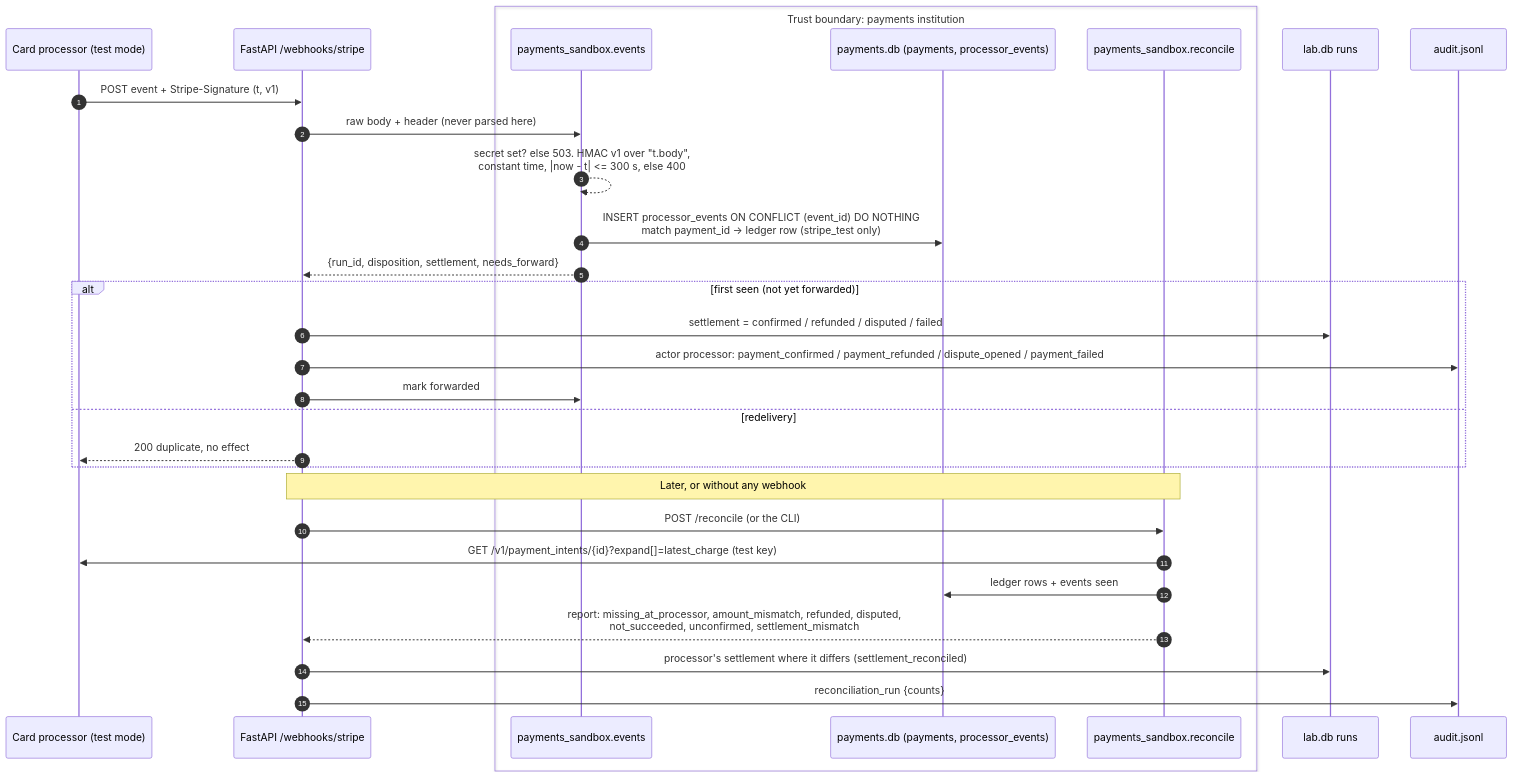
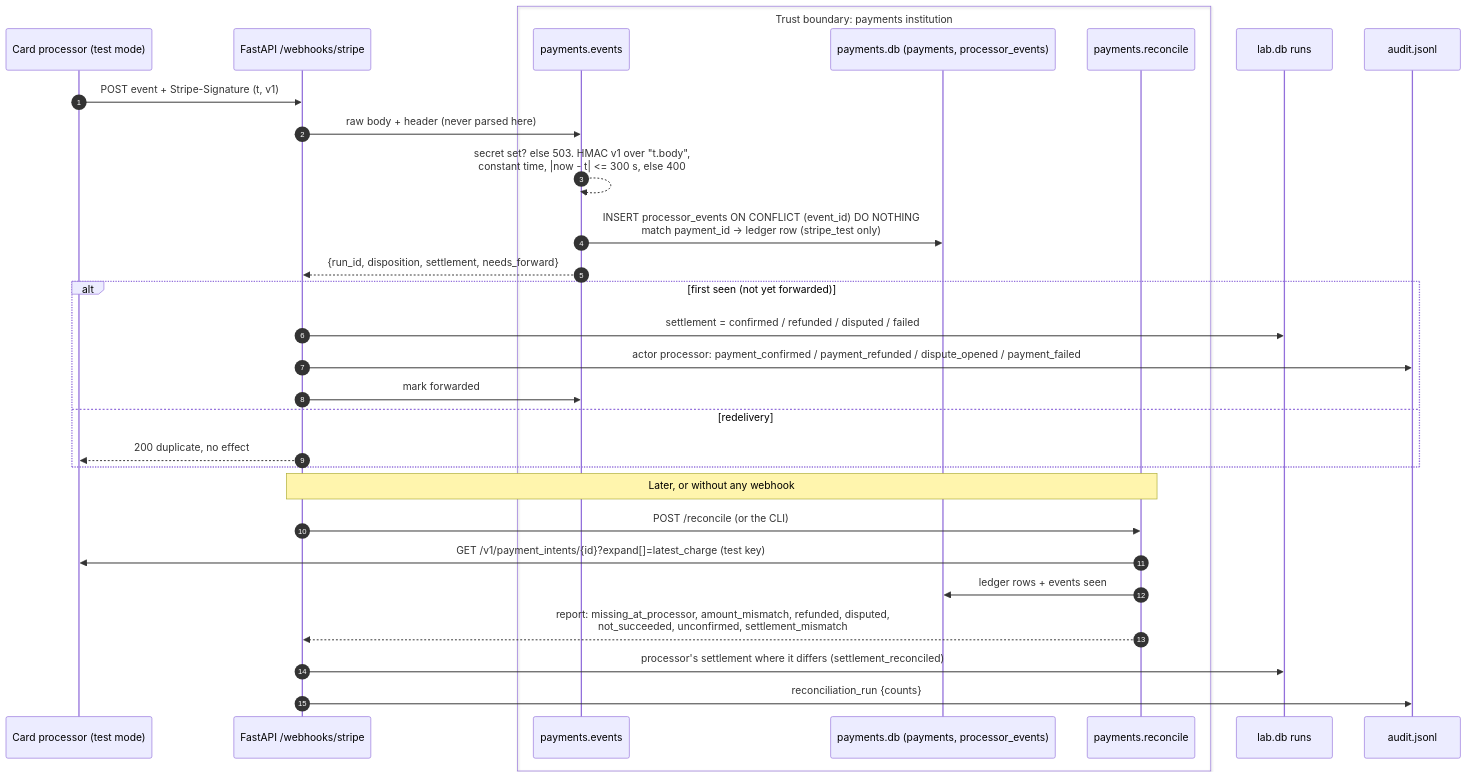
Before and after one commit to jefersonbraga/regulated-agent-lab: the fifth of 5 diagrams in docs/architecture.md, drawn with Mermaid. The commit also changed other lines of this file and 253 other files, not shown here.

````diff
--- a/docs/architecture.md
+++ b/docs/architecture.md
@@ -260,33 +260,33 @@
 ```mermaid
 sequenceDiagram
     autonumber
     participant PROC as Card processor (test mode)
     participant API as FastAPI /webhooks/stripe
     box Trust boundary: payments institution
-    participant EV as payments_sandbox.events
+    participant EV as payments.events
     participant DB as payments.db (payments, processor_events)
-    participant REC as payments_sandbox.reconcile
+    participant REC as payments.reconcile
     end
     participant RS as lab.db runs
     participant LOG as audit.jsonl
 
     PROC->>API: POST event + Stripe-Signature (t, v1)
     API->>EV: raw body + header (never parsed here)
     EV-->>EV: secret set? else 503. HMAC v1 over "t.body",<br/>constant time, |now - t| <= 300 s, else 400
     EV->>DB: INSERT processor_events ON CONFLICT (event_id) DO NOTHING<br/>match payment_id -> ledger row (stripe_test only)
     EV-->>API: {run_id, disposition, settlement, needs_forward}
     alt first seen (not yet forwarded)
         API->>RS: settlement = confirmed / refunded / disputed / failed
         API->>LOG: actor processor: payment_confirmed / payment_refunded / dispute_opened / payment_failed
         API->>EV: mark forwarded
     else redelivery
         API-->>PROC: 200 duplicate, no effect
     end
     Note over API,REC: Later, or without any webhook
     API->>REC: POST /reconcile (or the CLI)
     REC->>PROC: GET /v1/payment_intents/{id}?expand[]=latest_charge (test key)
     REC->>DB: ledger rows + events seen
     REC-->>API: report: missing_at_processor, amount_mismatch, refunded, disputed,<br/>not_succeeded, unconfirmed, settlement_mismatch
     API->>RS: processor's settlement where it differs (settlement_reconciled)
     API->>LOG: reconciliation_run {counts}
 ```
````
